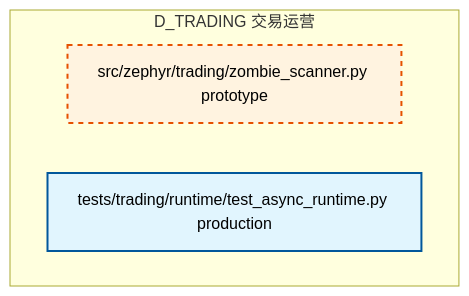
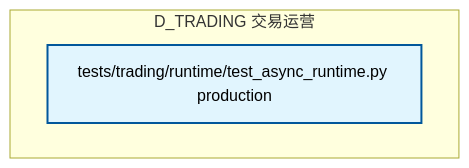
The sixth of 6 diagrams in docs/02_enterprise_architecture/02_domain_architecture_docs/52_d_trading.md (xuanFelixVan/ZephyrAlpha), drawn with Mermaid before and after one commit. The commit also changed other lines of this file and 105 other files, not shown here.

````diff
--- a/docs/02_enterprise_architecture/02_domain_architecture_docs/52_d_trading.md
+++ b/docs/02_enterprise_architecture/02_domain_architecture_docs/52_d_trading.md
@@ -462,13 +465,11 @@
 ```mermaid
 graph TD
     subgraph D_TRADING["D_TRADING 交易运营"]
-        src_zephyr_trading_zombie_scanner_py["src/zephyr/trading/zombie_scanner.py prototype"]
         tests_trading_runtime_test_async_runtime_py["tests/trading/runtime/test_async_runtime.py production"]
     end
     classDef production fill:#e1f5fe,stroke:#01579b,stroke-width:2px,color:#000
     classDef design fill:#fff3e0,stroke:#e65100,stroke-width:2px,color:#000,stroke-dasharray: 5 5
     classDef external_prod fill:#e8f5e9,stroke:#1b5e20,stroke-width:1px,color:#000
     classDef external_design fill:#fce4ec,stroke:#880e4f,stroke-width:1px,color:#000,stroke-dasharray: 5 5
     class tests_trading_runtime_test_async_runtime_py production
-    class src_zephyr_trading_zombie_scanner_py design
 ```
````
